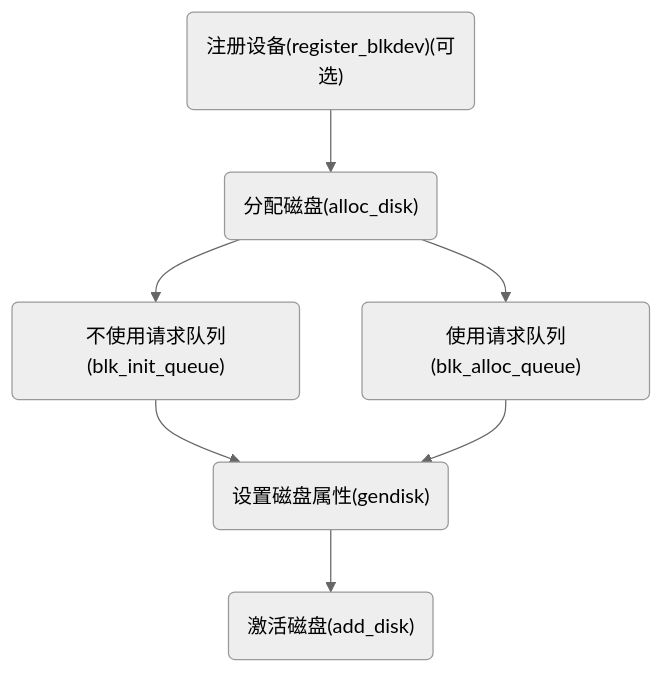
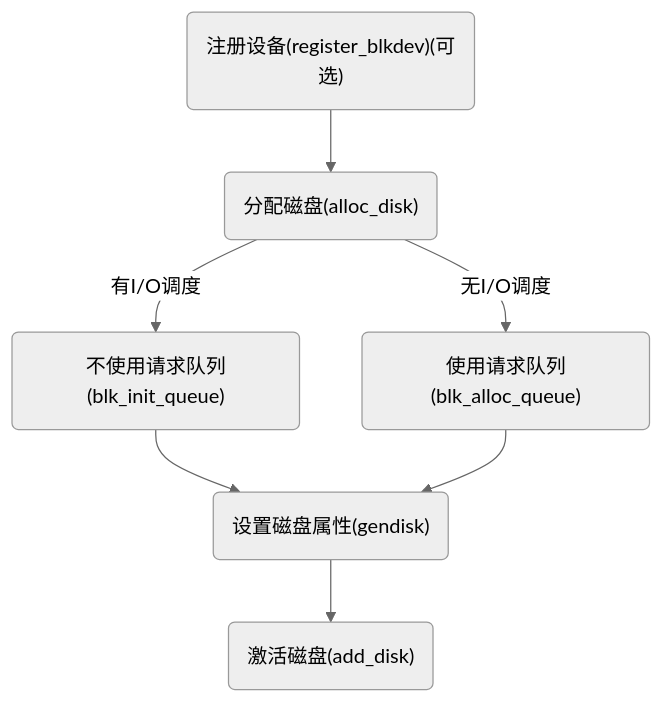
Before and after one commit to Mshrimp/Mshrimp.github.io: the first of 2 diagrams in source/_posts/Linux块设备驱动.md, drawn with Mermaid (neutral theme). The commit also changed other lines of this file and 24 other files, not shown here.

````diff
--- a/source/_posts/Linux块设备驱动.md
+++ b/source/_posts/Linux块设备驱动.md
@@ -519,7 +535,7 @@
 ```mermaid
 graph TB
 	A("注册设备(register_blkdev)(可选)")-->B("分配磁盘(alloc_disk)")
-	B-->C("不使用请求队列(blk_init_queue)")-->E
-	B-->D("使用请求队列(blk_alloc_queue)")-->E
+	B--有I/O调度-->C("不使用请求队列(blk_init_queue)")-->E
+	B--无I/O调度-->D("使用请求队列(blk_alloc_queue)")-->E
 	E("设置磁盘属性(gendisk)")-->F("激活磁盘(add_disk)")
 ```
````
